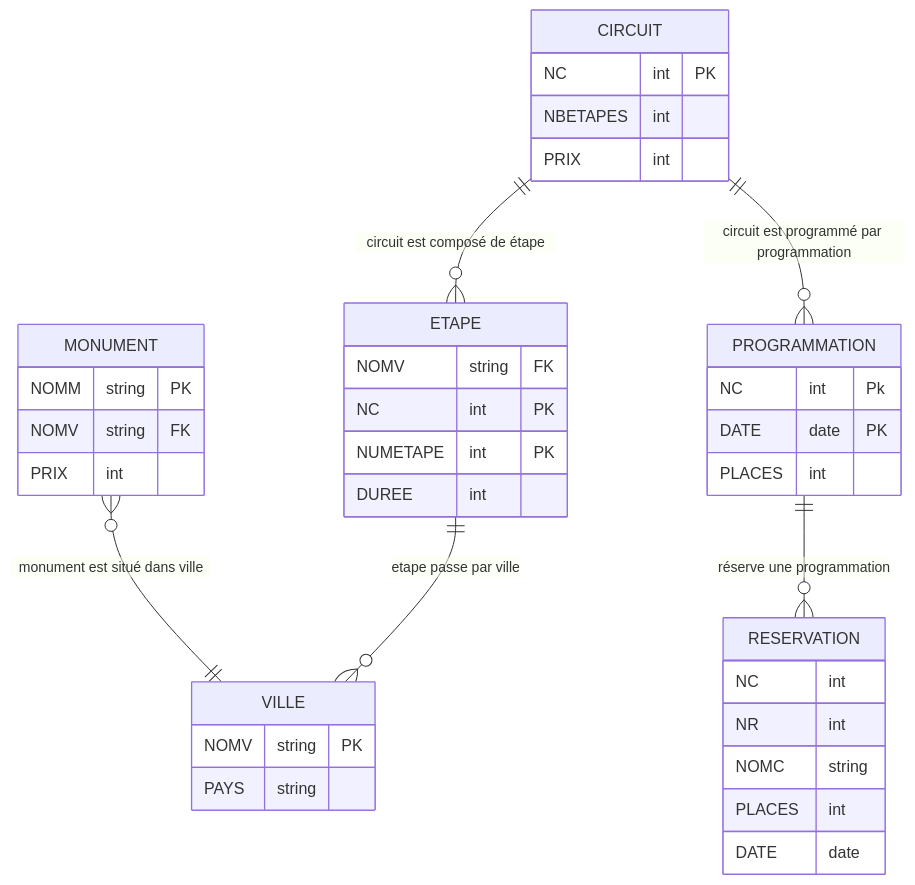
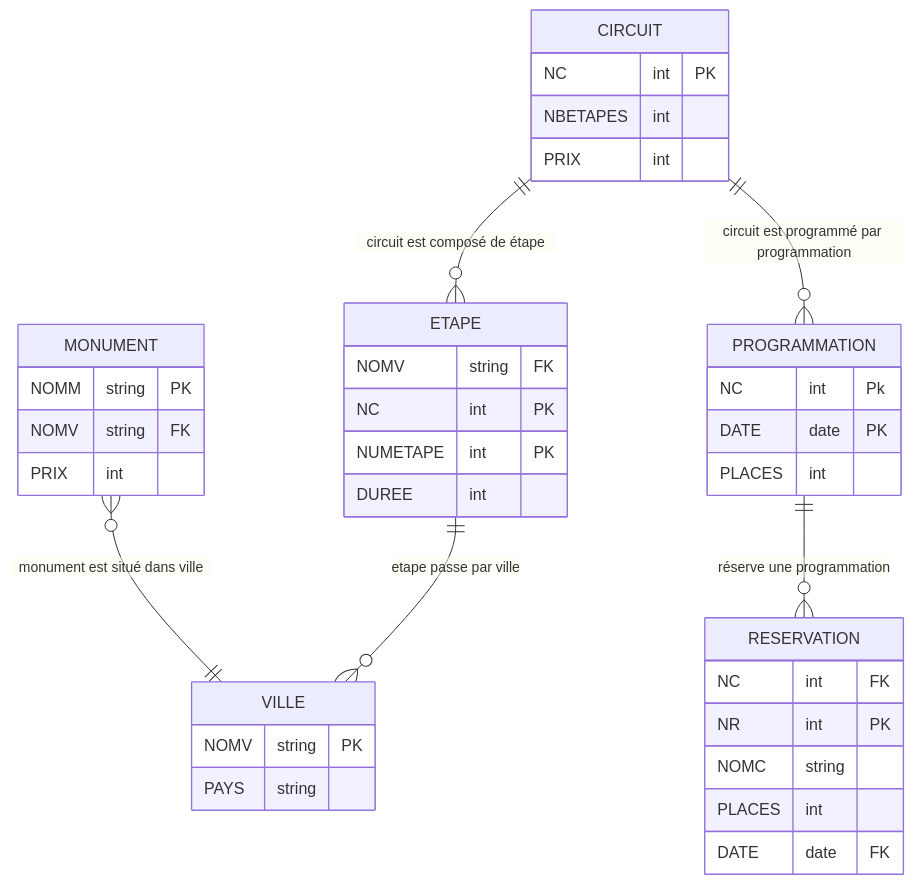
One commit to erralb/bdd changed the diagram in src/content/files/agence-mermaid.md. Above: the diagram before and after it, drawn with Mermaid.

Commit message:
Agence DB - erd diagram fix

````diff
--- a/src/content/files/agence-mermaid.md
+++ b/src/content/files/agence-mermaid.md
@@ -1,47 +1,47 @@
 ```mermaid
 erDiagram
 
 VILLE {
   NOMV string PK
   PAYS string
 }
 
 MONUMENT {
   NOMM string PK
   NOMV string FK
   PRIX int
 }
 
 CIRCUIT {
   NC int PK
   NBETAPES int
   PRIX int
 }
 
 ETAPE {
   NOMV string FK
   NC int PK
   NUMETAPE int PK
   DUREE int
 }
 
 PROGRAMMATION {
   NC int Pk
   DATE date PK
   PLACES int
 }
 
 RESERVATION {
-  NC int
-  NR int
+  NC int FK
+  NR int PK
   NOMC string
   PLACES int
-  DATE date
+  DATE date FK
 }
 
 MONUMENT }o--|| VILLE : "monument est situé dans ville"
 ETAPE ||--o{ VILLE : "etape passe par ville"
 CIRCUIT ||--o{ ETAPE : "circuit est composé de étape"
 CIRCUIT ||--o{ PROGRAMMATION : "circuit est programmé par programmation"
 PROGRAMMATION ||--o{ RESERVATION : "réserve une programmation"
 ```
````
